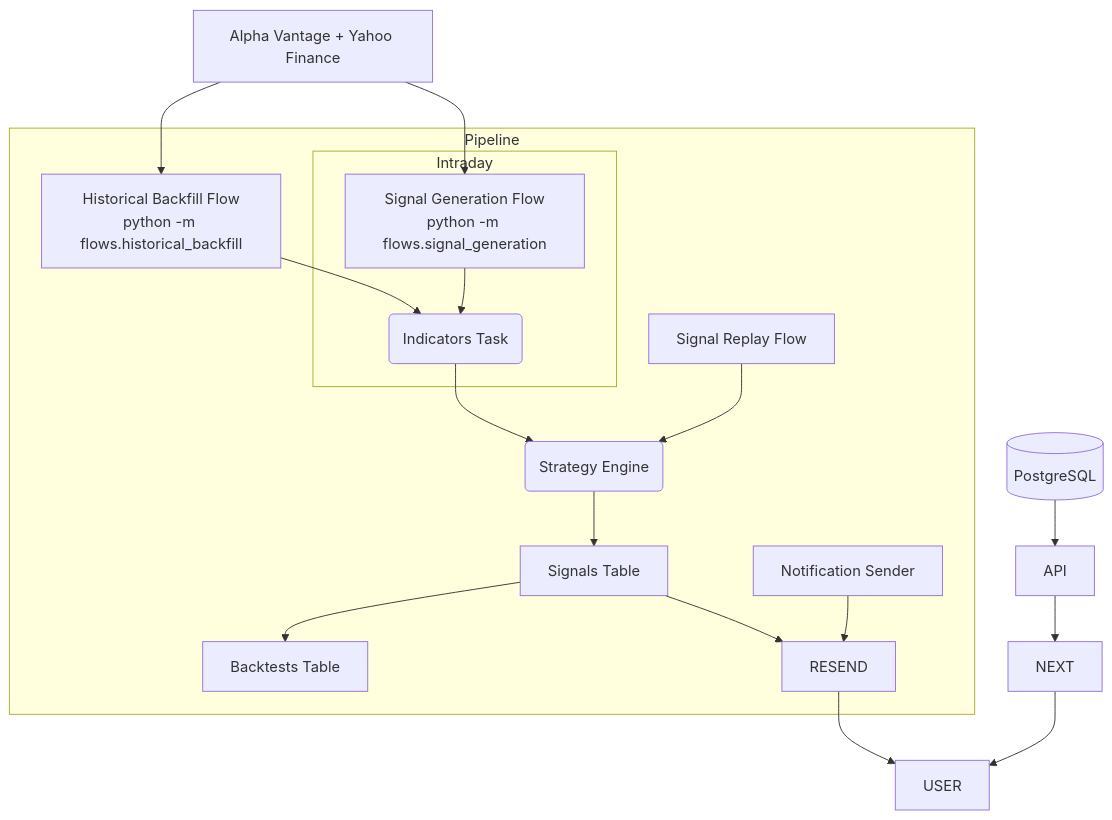
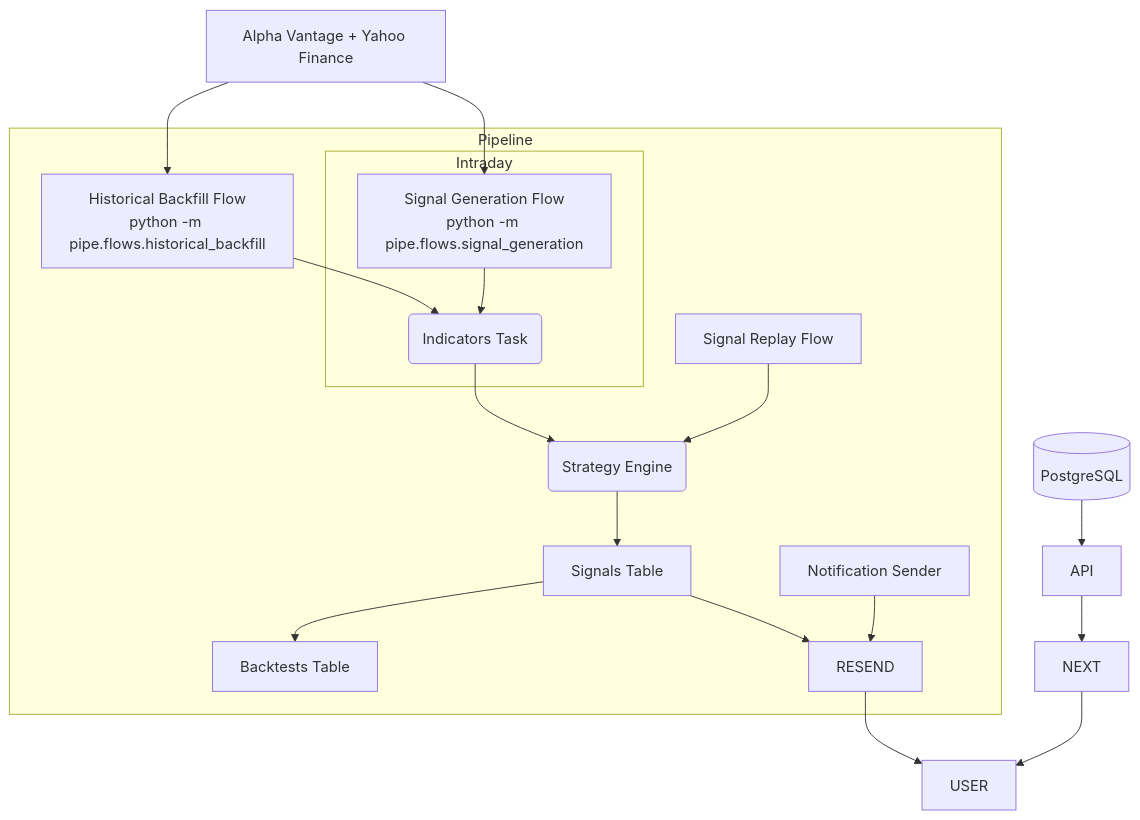
Before and after one commit to diegovfeder/signals: the diagram in docs/ARCHITECTURE.md, drawn with Mermaid. The commit also changed other lines of this file and 64 other files, not shown here.

````diff
--- a/docs/ARCHITECTURE.md
+++ b/docs/ARCHITECTURE.md
@@ -21,21 +21,21 @@
 ```mermaid
 graph TD
     subgraph Pipeline
-      A[Historical Backfill Flow<br/>python -m flows.historical_backfill] --> B(Indicators Task)
+      A[Historical Backfill Flow<br/>python -m pipe.flows.historical_backfill] --> B(Indicators Task)
       B --> C(Strategy Engine)
       C --> D[Signals Table]
       D --> E[Backtests Table]
       subgraph Intraday
-        F[Signal Generation Flow<br/>python -m flows.signal_generation] --> B
+        F[Signal Generation Flow<br/>python -m pipe.flows.signal_generation] --> B
       end
       G[Signal Replay Flow] --> C
       H[Notification Sender] --> RESEND
     end
     YF[Alpha Vantage + Yahoo Finance] --> A
     YF --> F
     DB[(PostgreSQL)] --> API
     API --> NEXT
     NEXT --> USER
     D --> RESEND
     RESEND --> USER
 ```
````
